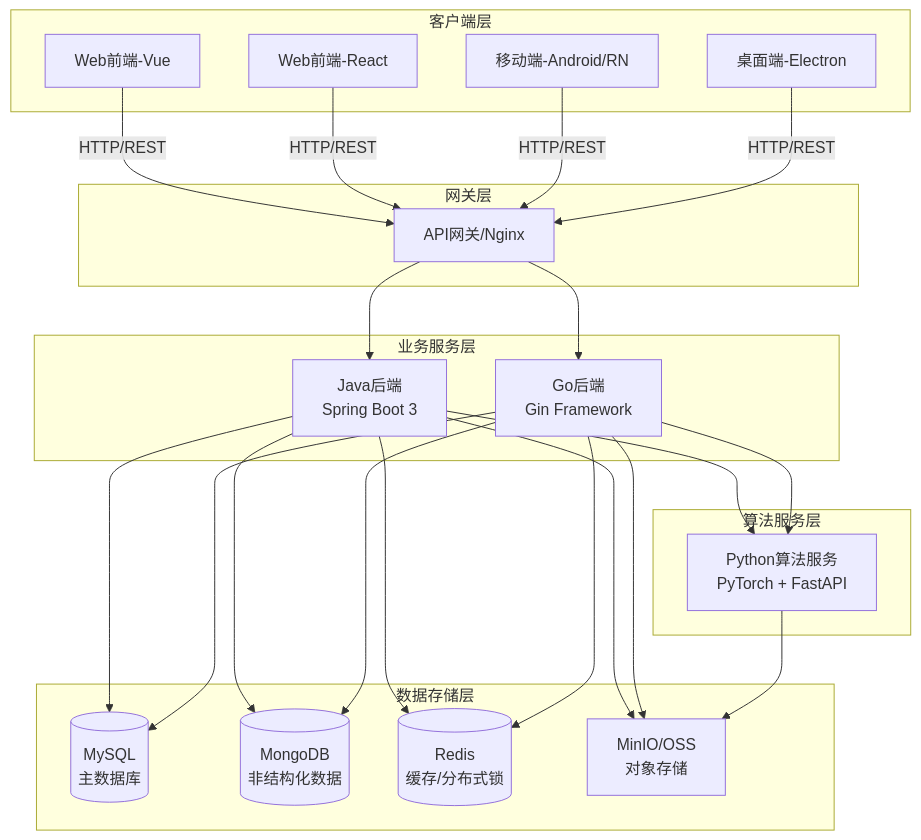
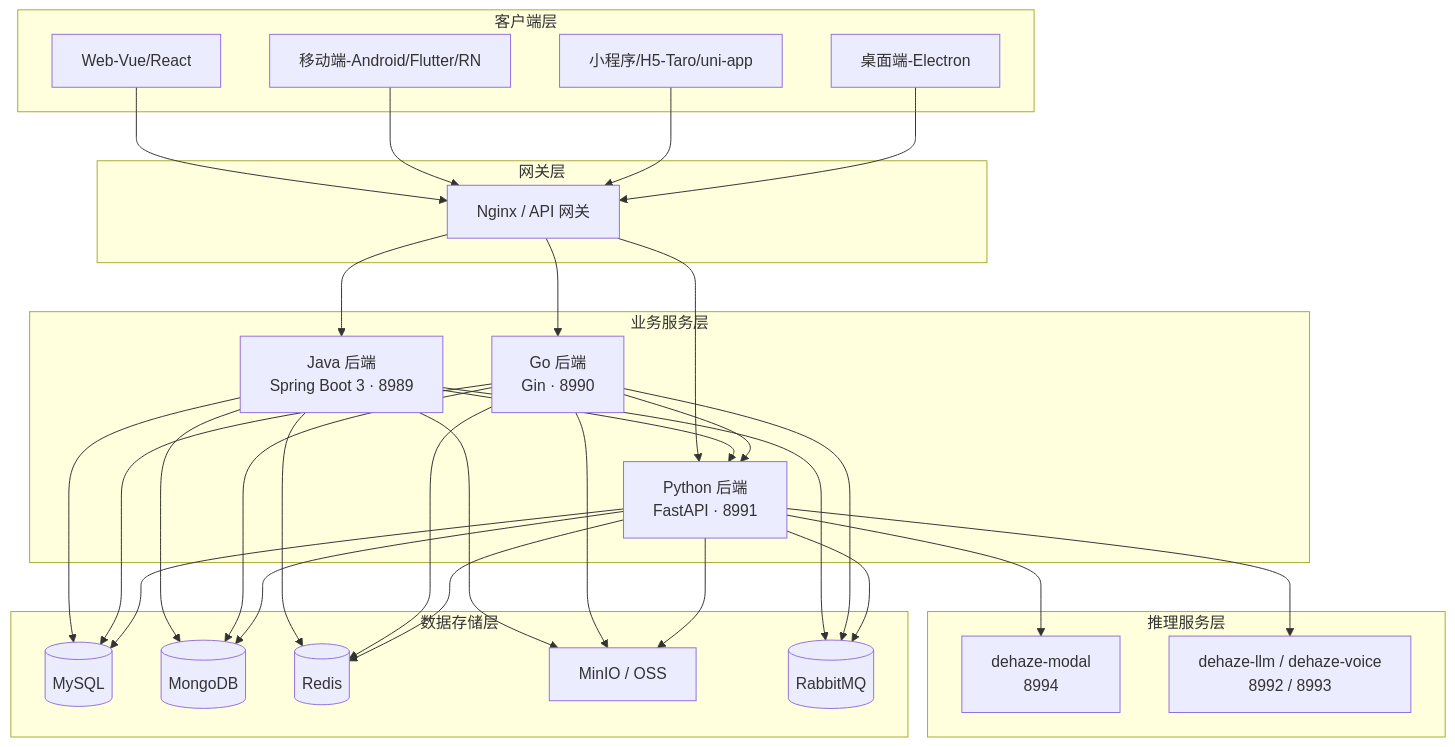
One commit to earthy-zinc/dehaze-system changed the diagram in README.md. Above: the diagram before and after it, drawn with Mermaid. The commit also changed other lines of this file and 157 other files, not shown here.

````diff
--- a/README.md
+++ b/README.md
@@ -40,35 +40,32 @@
 ```mermaid
 graph TB
     subgraph 客户端层
-        A1[Web前端-Vue] 
-        A2[Web前端-React]
-        A3[移动端-Android/RN]
+        A1[Web-Vue/React]
+        A2[移动端-Android/Flutter/RN]
+        A3[小程序/H5-Taro/uni-app]
         A4[桌面端-Electron]
     end
-    
     subgraph 网关层
-        B[API网关/Nginx]
+        B[Nginx / API 网关]
     end
-    
     subgraph 业务服务层
-        C1[Java后端<br/>Spring Boot 3]
-        C2[Go后端<br/>Gin Framework]
+        C1[Java 后端<br/>Spring Boot 3 · 8989]
+        C2[Go 后端<br/>Gin · 8990]
+        C3[Python 后端<br/>FastAPI · 8991]
     end
-    
-    subgraph 算法服务层
-        D[Python算法服务<br/>PyTorch + FastAPI]
+    subgraph 推理服务层
+        D1[dehaze-modal<br/>8994]
+        D2[dehaze-llm / dehaze-voice<br/>8992 / 8993]
     end
-    
     subgraph 数据存储层
-        E1[(MySQL<br/>主数据库)]
-        E2[(MongoDB<br/>非结构化数据)]
-        E3[(Redis<br/>缓存/分布式锁)]
-        E4[MinIO/OSS<br/>对象存储]
+        E1[(MySQL)]
+        E2[(MongoDB)]
+        E3[(Redis)]
+        E4[MinIO / OSS]
+        E5[(RabbitMQ)]
     end
-    
-    A1 & A2 & A3 & A4 -->|HTTP/REST| B
-    B --> C1 & C2
-    C1 & C2 --> D
-    C1 & C2 --> E1 & E2 & E3 & E4
-    D --> E4
+    A1 & A2 & A3 & A4 --> B --> C1 & C2 & C3
+    C1 & C2 --> C3
+    C3 --> D1 & D2
+    C1 & C2 & C3 --> E1 & E2 & E3 & E4 & E5
 ```
````
